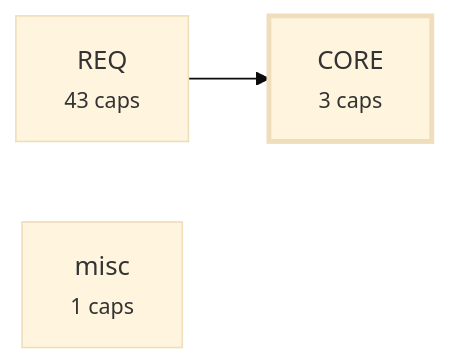
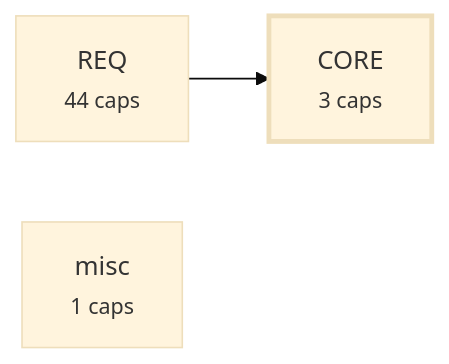
One commit to alxmax/Requirement-manager changed the third of 4 diagrams in plugin/requirements/_map.md. Above: the diagram before and after it, drawn with Mermaid (base theme). The commit also changed other lines of this file and 19 other files, not shown here.

````diff
--- a/plugin/requirements/_map.md
+++ b/plugin/requirements/_map.md
@@ -364,8 +372,8 @@
 ```mermaid
 graph LR
   a_CORE["CORE<br><small>3 caps</small>"]
-  a_REQ["REQ<br><small>43 caps</small>"]
+  a_REQ["REQ<br><small>44 caps</small>"]
   a_misc["misc<br><small>1 caps</small>"]
   a_REQ --> a_CORE
   style a_CORE stroke-width:3px
 ```
````
